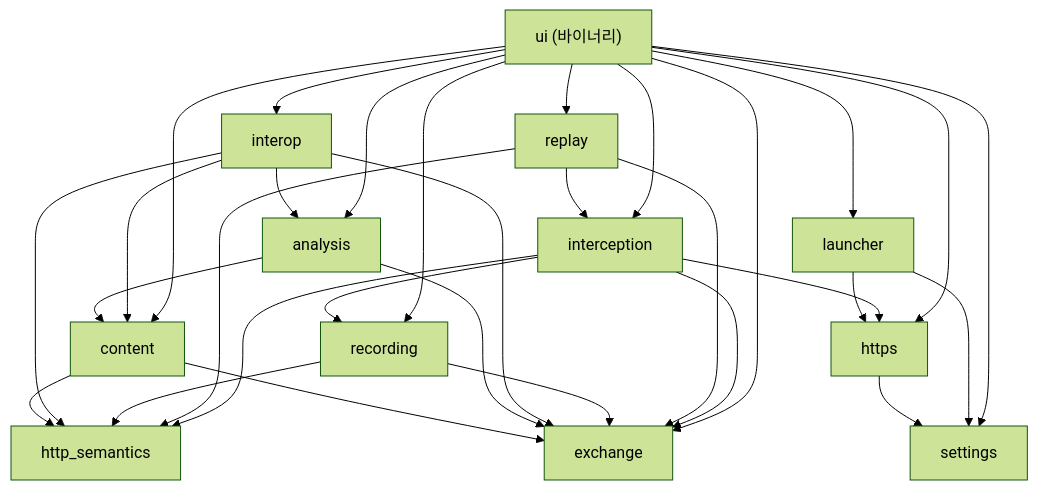
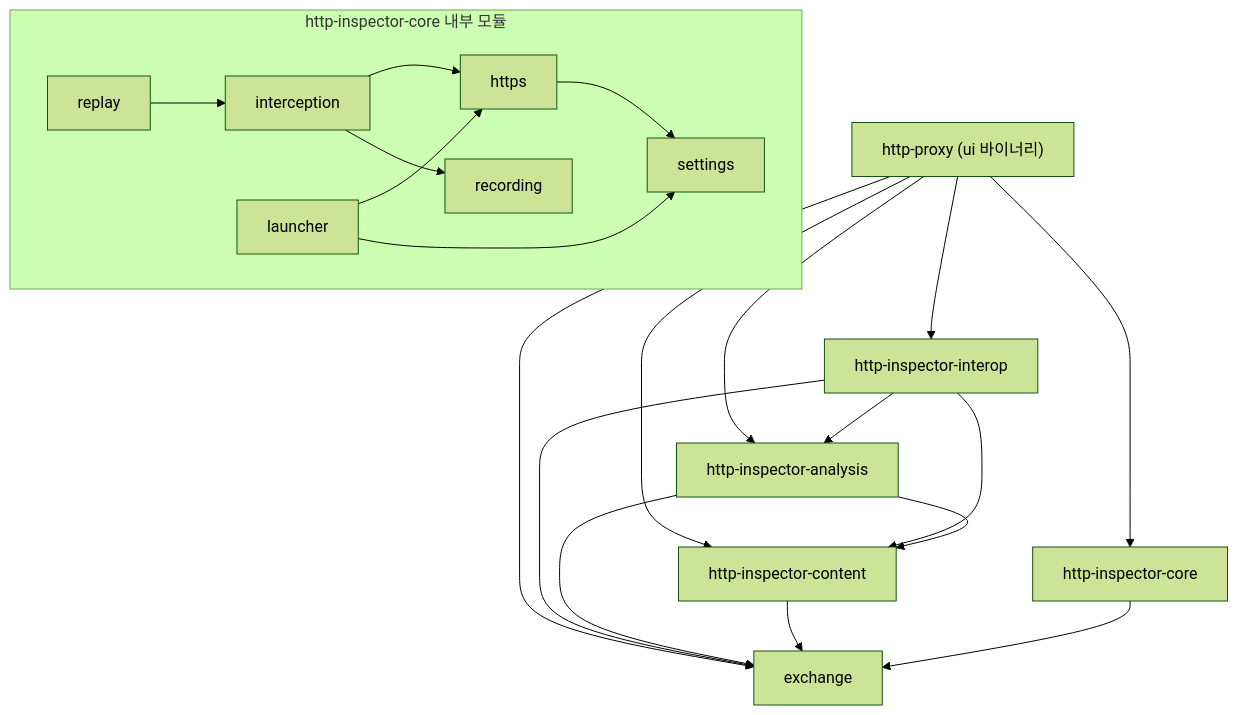
One commit to leedonggyu1848/http_proxy changed the diagram in docs/development.md. Above: the diagram before and after it, drawn with Mermaid (forest theme). The commit also changed other lines of this file and 2 other files, not shown here.

````diff
--- a/docs/development.md
+++ b/docs/development.md
@@ -98,12 +103,15 @@
 ```mermaid
 graph TD
-  ui["ui (바이너리)"] --> interop & analysis & content & replay & launcher & settings & interception & recording & https & exchange
-  interception --> https & recording & http_semantics & exchange
-  replay --> interception & http_semantics & exchange
-  launcher --> https & settings
-  https --> settings
-  recording --> http_semantics & exchange
-  interop --> analysis & content & http_semantics & exchange
-  analysis --> content & exchange
-  content --> http_semantics & exchange
+  ui["http-proxy (ui 바이너리)"] --> interop & analysis & content & core & exchange
+  interop["http-inspector-interop"] --> analysis & content & exchange
+  analysis["http-inspector-analysis"] --> content & exchange
+  content["http-inspector-content"] --> exchange
+  core["http-inspector-core"] --> exchange
+
+  subgraph core_inner["http-inspector-core 내부 모듈"]
+    replay --> interception
+    interception --> https & recording
+    launcher --> https & settings
+    https --> settings
+  end
 ```
````
